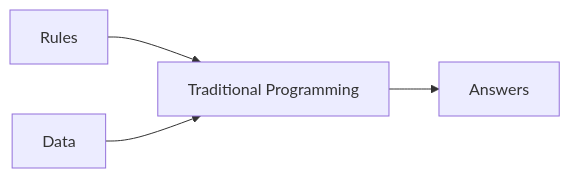
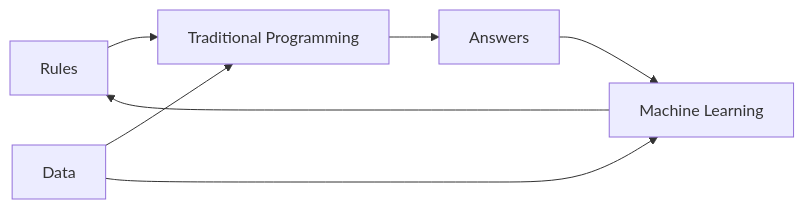
The diagram in TF in Practice.md (zanymuzik/notes), drawn with Mermaid before and after one commit. The commit also changed other lines of this file, not shown here.

Commit message:
TF in Practice.md updated from https://stackedit.io/

````diff
--- a/TF in Practice.md
+++ b/TF in Practice.md
@@ -6,6 +6,10 @@
 ```mermaid
 graph LR
 Rules --> A[Traditional Programming]
 Data  --> A
 A --> Answers
+
+Answers --> B[Machine Learning]
+Data  --> B
+B --> Rules
 ```
````
